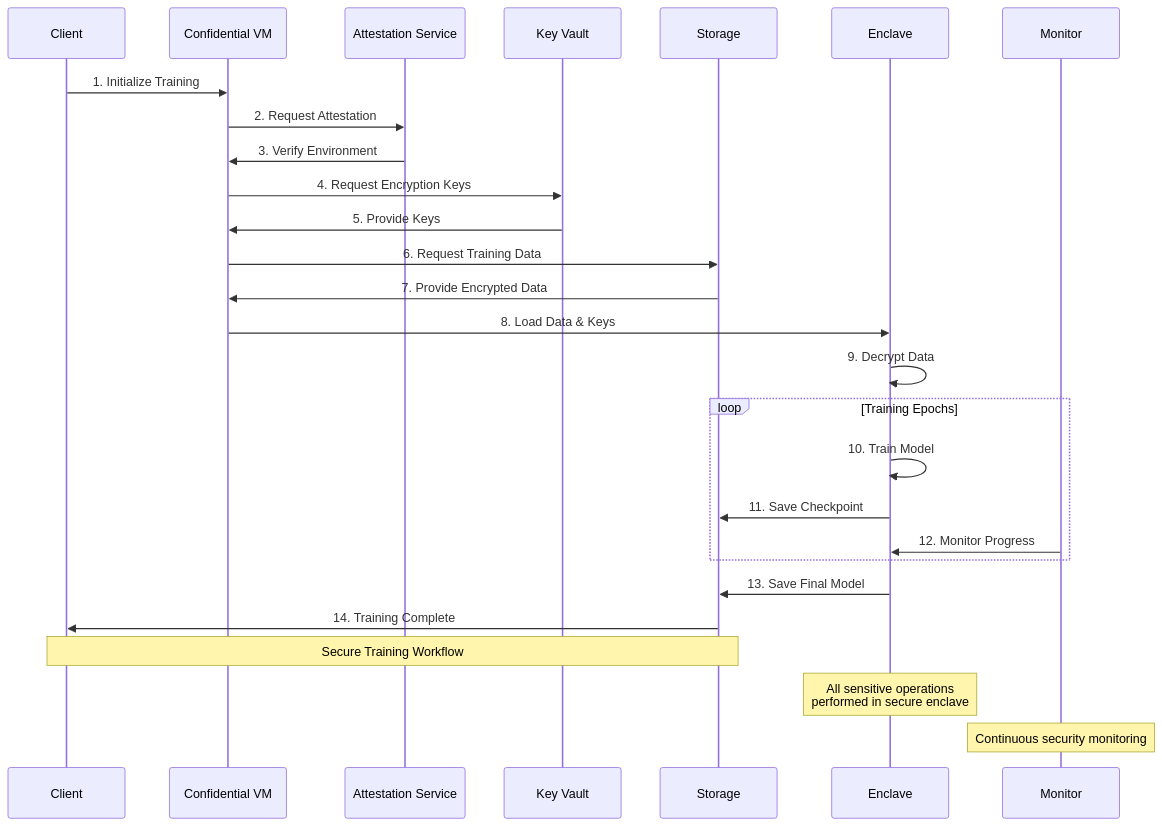
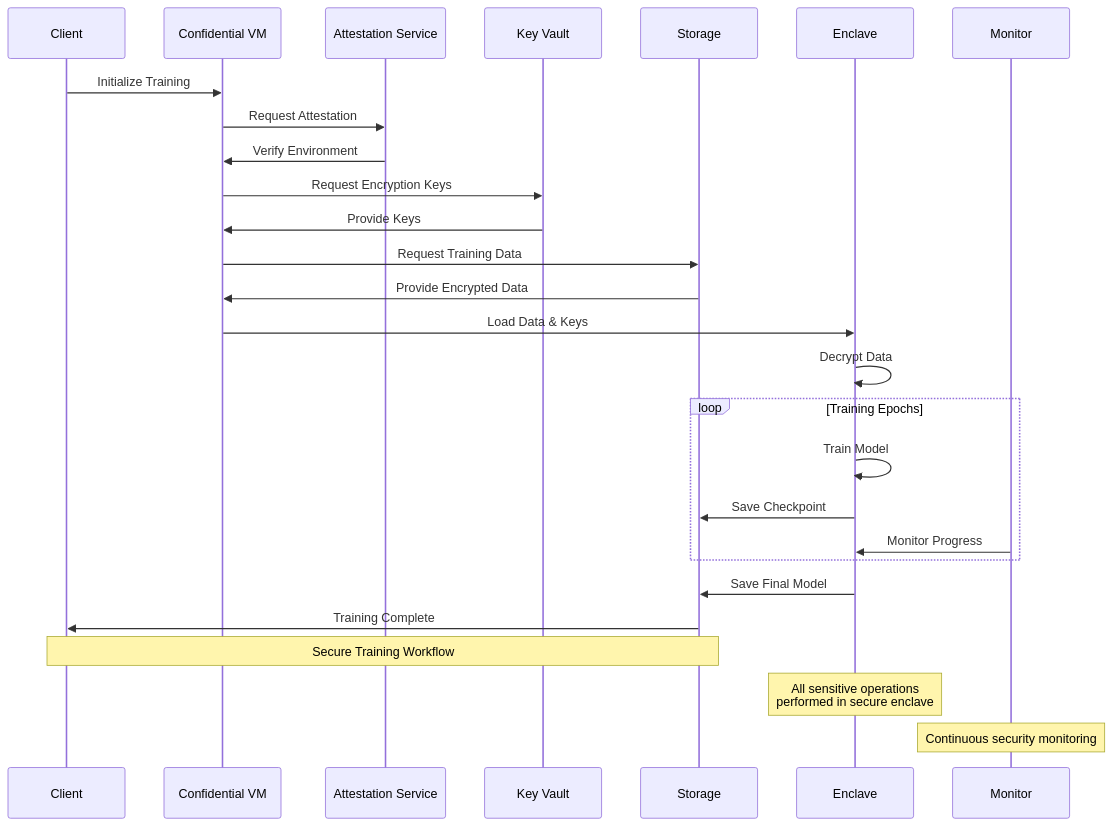
The diagram in docs/Training_Workflow.md (gitmujoshi/confidentialcomputingplatform), drawn with Mermaid before and after one commit. The commit also changed 1 other file, not shown here.

Commit message:
updated diagrams

````diff
--- a/docs/Training_Workflow.md
+++ b/docs/Training_Workflow.md
@@ -9,31 +9,31 @@
 ```mermaid
 sequenceDiagram
     participant Client
     participant VM as Confidential VM
     participant Attest as Attestation Service
     participant KV as Key Vault
     participant Storage
     participant Enclave
     participant Monitor
 
-    Client->>VM: 1. Initialize Training
-    VM->>Attest: 2. Request Attestation
-    Attest->>VM: 3. Verify Environment
-    VM->>KV: 4. Request Encryption Keys
-    KV->>VM: 5. Provide Keys
-    VM->>Storage: 6. Request Training Data
-    Storage->>VM: 7. Provide Encrypted Data
-    VM->>Enclave: 8. Load Data & Keys
-    Enclave->>Enclave: 9. Decrypt Data
+    Client->>VM: Initialize Training
+    VM->>Attest: Request Attestation
+    Attest->>VM: Verify Environment
+    VM->>KV: Request Encryption Keys
+    KV->>VM: Provide Keys
+    VM->>Storage: Request Training Data
+    Storage->>VM: Provide Encrypted Data
+    VM->>Enclave: Load Data & Keys
+    Enclave->>Enclave: Decrypt Data
     loop Training Epochs
-        Enclave->>Enclave: 10. Train Model
-        Enclave->>Storage: 11. Save Checkpoint
-        Monitor->>Enclave: 12. Monitor Progress
+        Enclave->>Enclave: Train Model
+        Enclave->>Storage: Save Checkpoint
+        Monitor->>Enclave: Monitor Progress
     end
-    Enclave->>Storage: 13. Save Final Model
-    Storage->>Client: 14. Training Complete
+    Enclave->>Storage: Save Final Model
+    Storage->>Client: Training Complete
 
     Note over Client,Storage: Secure Training Workflow
     Note over Enclave: All sensitive operations<br/>performed in secure enclave
     Note over Monitor: Continuous security monitoring
 ```
````
